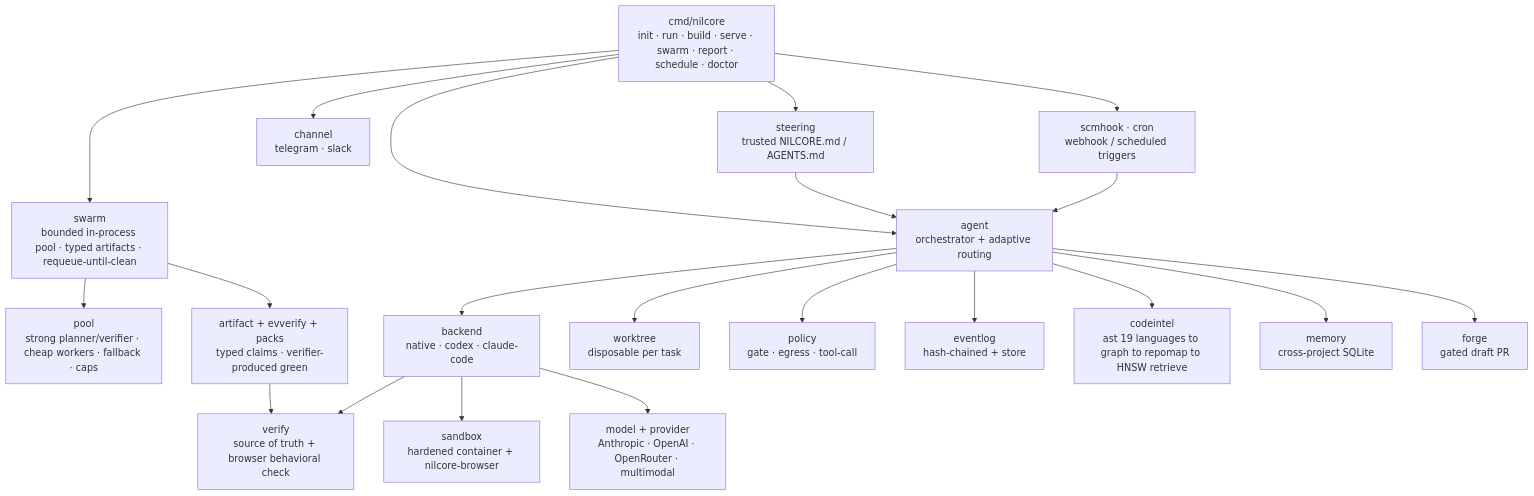
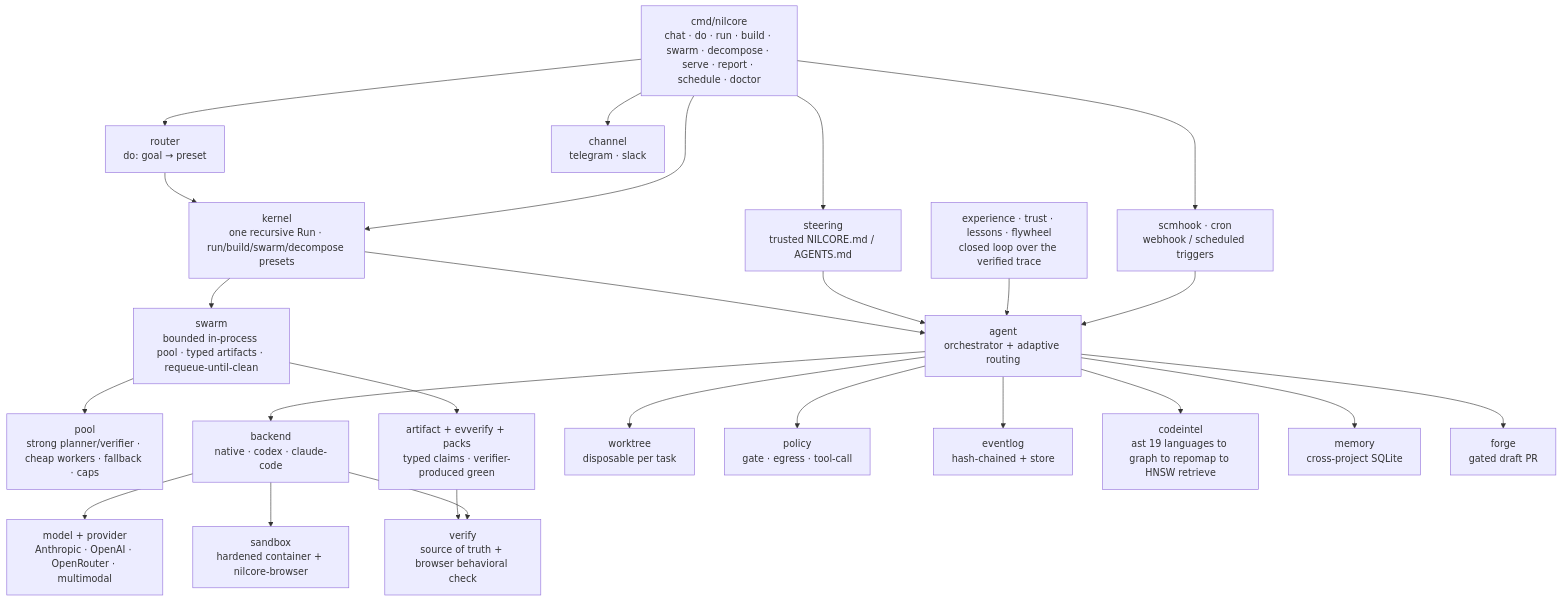
The second of 2 diagrams in README.md (RNT56/NilCore), drawn with Mermaid before and after one commit. The commit also changed other lines of this file, not shown here.

````diff
--- a/README.md
+++ b/README.md
@@ -279,23 +296,27 @@
 ```mermaid
 flowchart TD
-    CLI[cmd/nilcore<br/>init · run · build · serve · swarm · report · schedule · doctor] --> AGENT[agent<br/>orchestrator + adaptive routing]
+    CLI[cmd/nilcore<br/>chat · do · run · build · swarm · decompose · serve · report · schedule · doctor] --> ROUTER[router<br/>do: goal → preset]
+    ROUTER --> KERNEL[kernel<br/>one recursive Run · run/build/swarm/decompose presets]
+    CLI --> KERNEL
+    KERNEL --> AGENT[agent<br/>orchestrator + adaptive routing]
+    KERNEL --> SWARM[swarm<br/>bounded in-process pool · typed artifacts · requeue-until-clean]
     CLI --> STEER[steering<br/>trusted NILCORE.md / AGENTS.md]
     STEER --> AGENT
-    CLI --> SWARM[swarm<br/>bounded in-process pool · typed artifacts · requeue-until-clean]
+    XP[experience · trust · lessons · flywheel<br/>closed loop over the verified trace] --> AGENT
     SWARM --> POOL[pool<br/>strong planner/verifier · cheap workers · fallback · caps]
     SWARM --> ARTIFACT[artifact + evverify + packs<br/>typed claims · verifier-produced green]
     ARTIFACT --> VERIFY
     AGENT --> BK[backend<br/>native · codex · claude-code]
     AGENT --> WT[worktree<br/>disposable per task]
     BK --> MODEL[model + provider<br/>Anthropic · OpenAI · OpenRouter · multimodal]
     BK --> SANDBOX[sandbox<br/>hardened container + nilcore-browser]
     BK --> VERIFY[verify<br/>source of truth + browser behavioral check]
     AGENT --> POLICY[policy<br/>gate · egress · tool-call]
     AGENT --> LOG[eventlog<br/>hash-chained + store]
     AGENT --> CI[codeintel<br/>ast 19 languages to graph to repomap to HNSW retrieve]
     AGENT --> MEM[memory<br/>cross-project SQLite]
     CLI --> CHAN[channel<br/>telegram · slack]
     CLI --> TRIG[scmhook · cron<br/>webhook / scheduled triggers]
     TRIG --> AGENT
     AGENT --> FORGE[forge<br/>gated draft PR]
 ```
````
